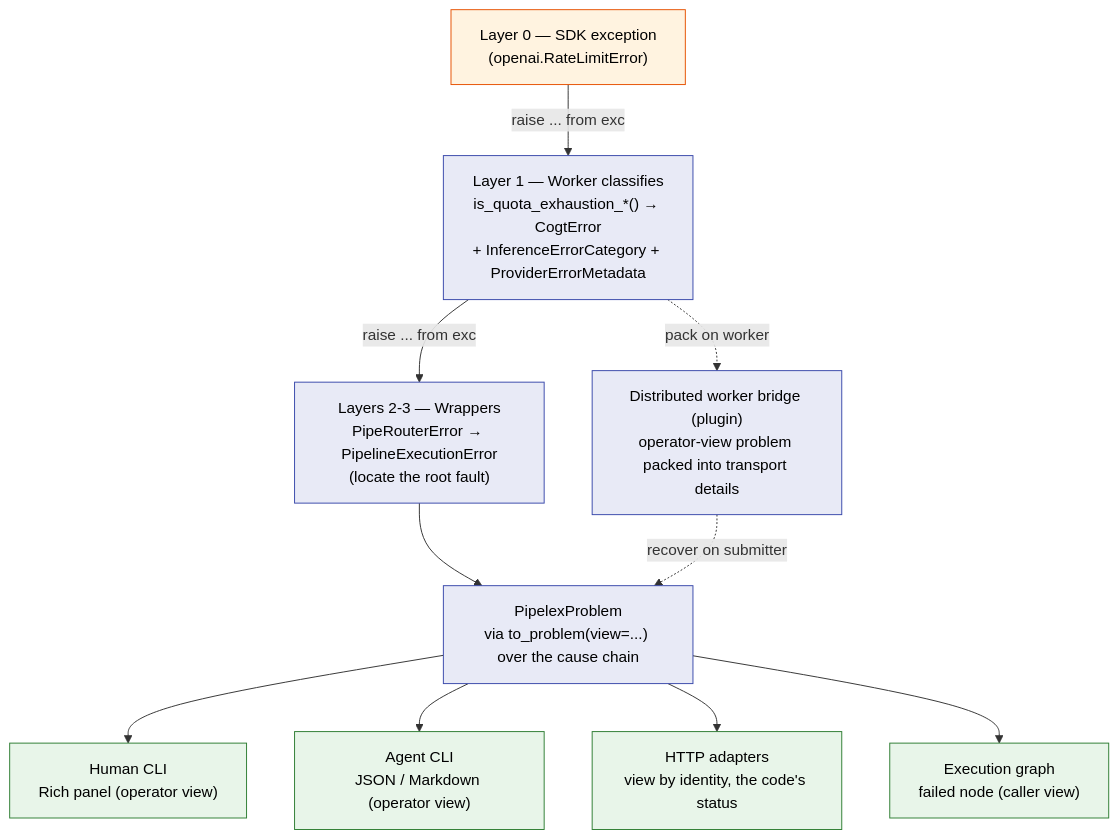
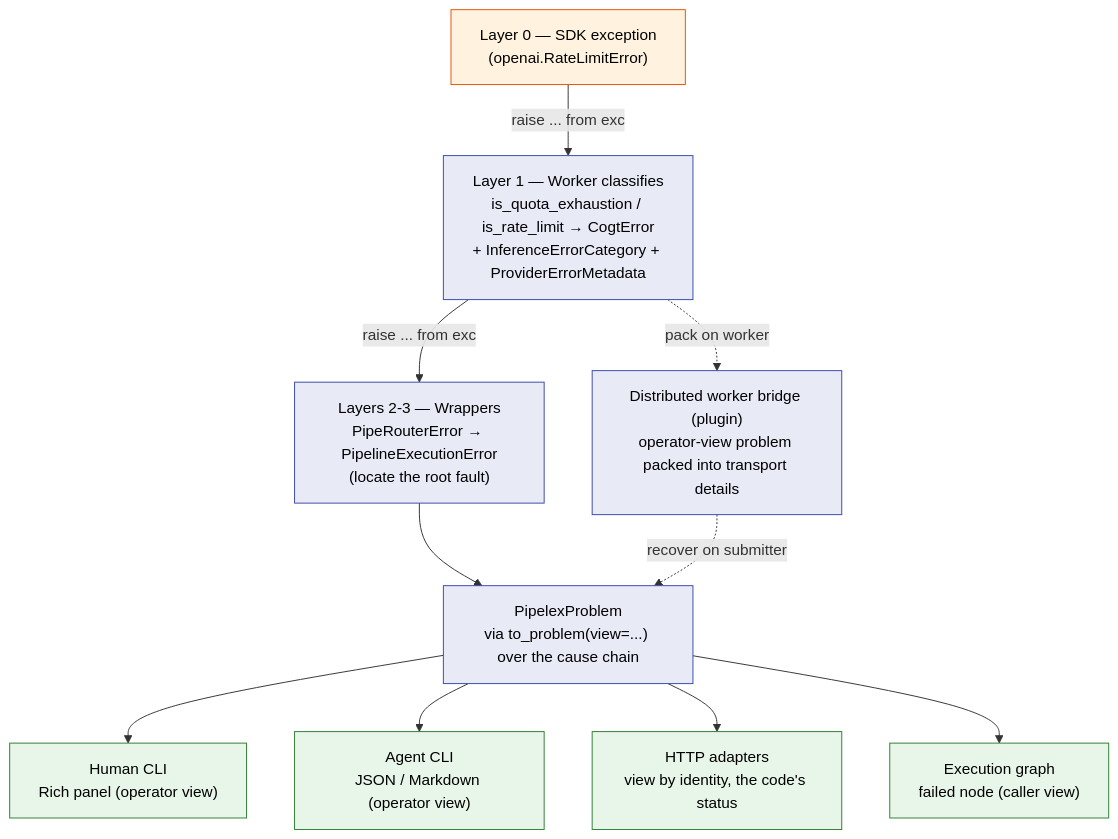
The diagram in docs/under-the-hood/error-model.md (Pipelex/pipelex), drawn with Mermaid before and after one commit. The commit also changed other lines of this file and 27 other files, not shown here.

````diff
--- a/docs/under-the-hood/error-model.md
+++ b/docs/under-the-hood/error-model.md
@@ -554,26 +554,26 @@
 ```mermaid
 flowchart TB
     SDK["Layer 0 — SDK exception<br/>(openai.RateLimitError)"]
-    W["Layer 1 — Worker classifies<br/>is_quota_exhaustion_*() → CogtError<br/>+ InferenceErrorCategory + ProviderErrorMetadata"]
+    W["Layer 1 — Worker classifies<br/>is_quota_exhaustion / is_rate_limit → CogtError<br/>+ InferenceErrorCategory + ProviderErrorMetadata"]
     WRAP["Layers 2-3 — Wrappers<br/>PipeRouterError → PipelineExecutionError<br/>(locate the root fault)"]
     PROBLEM["PipelexProblem<br/>via to_problem(view=...) over the cause chain"]
 
     SDK -->|"raise ... from exc"| W
     W -->|"raise ... from exc"| WRAP
     WRAP --> PROBLEM
 
     PROBLEM --> RICH["Human CLI<br/>Rich panel (operator view)"]
     PROBLEM --> AGENT["Agent CLI<br/>JSON / Markdown (operator view)"]
     PROBLEM --> HTTP["HTTP adapters<br/>view by identity, the code's status"]
     PROBLEM --> GRAPH["Execution graph<br/>failed node (caller view)"]
 
     W -.->|"pack on worker"| TEMP["Distributed worker bridge (plugin)<br/>operator-view problem packed into transport details"]
     TEMP -.->|"recover on submitter"| PROBLEM
 
     classDef src fill:#fff3e0,stroke:#e65100,color:#000
     classDef cls fill:#e8eaf6,stroke:#3949ab,color:#000
     classDef out fill:#e8f5e9,stroke:#2e7d32,color:#000
     class SDK src
     class W,WRAP,PROBLEM,TEMP cls
     class RICH,AGENT,HTTP,GRAPH out
 ```
````
